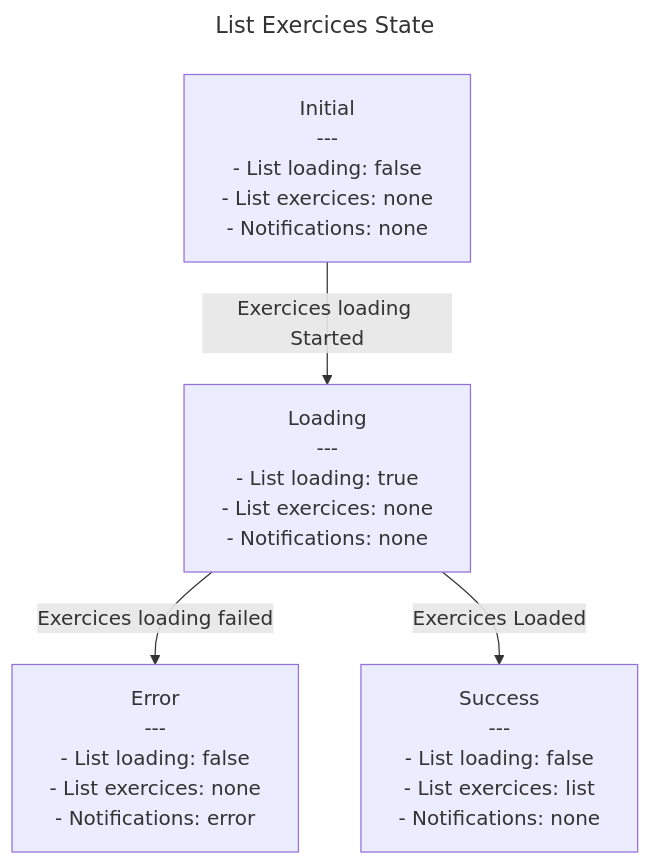
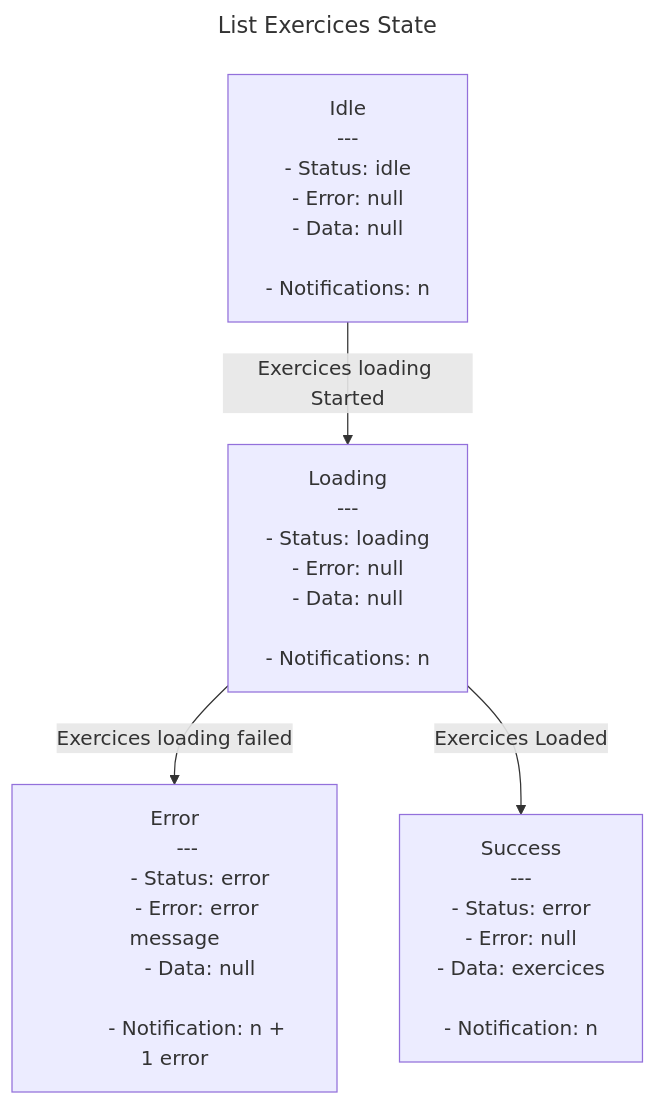
One commit to davidroberto/react-redux-clean-architecture-tdd-eda-vertical-slices changed the diagram in src/exercice/features/list-exercices/list-exercices.state-machine.md. Above: the diagram before and after it, drawn with Mermaid. The commit also changed 27 other files, not shown here.

Commit message:
refactor: update state tree with with better application model: data / status / error

````diff
--- a/src/exercice/features/list-exercices/list-exercices.state-machine.md
+++ b/src/exercice/features/list-exercices/list-exercices.state-machine.md
@@ -1,43 +1,51 @@
 ```mermaid
 ---
 title: List Exercices State
 ---
 flowchart TD
     
 A[
-    Initial
+   Idle
     ---
-        - List loading: false
-        - List exercices: none
-        - Notifications: none
+        - Status: idle
+        - Error: null
+        - Data: null
+    
+        - Notifications: n
 ]
 
 B[
     Loading
     ---
-        - List loading: true
-        - List exercices: none
-        - Notifications: none
+        - Status: loading
+        - Error: null
+        - Data: null
+    
+        - Notifications: n
 ]
 
 C[
     Error
     ---
-        - List loading: false
-        - List exercices: none
-        - Notifications: error
+        - Status: error
+        - Error: error message
+        - Data: null
+        
+        - Notification: n + 1 error
 ]
 
 D[
     Success
     ---
-        - List loading: false
-        - List exercices: list
-        - Notifications: none
+        - Status: error
+        - Error: null
+        - Data: exercices
+    
+        - Notification: n
 ]
 
 A -->|Exercices loading Started|B
 B -->|Exercices loading failed|C
 B -->|Exercices Loaded|D
 
 ```
````
